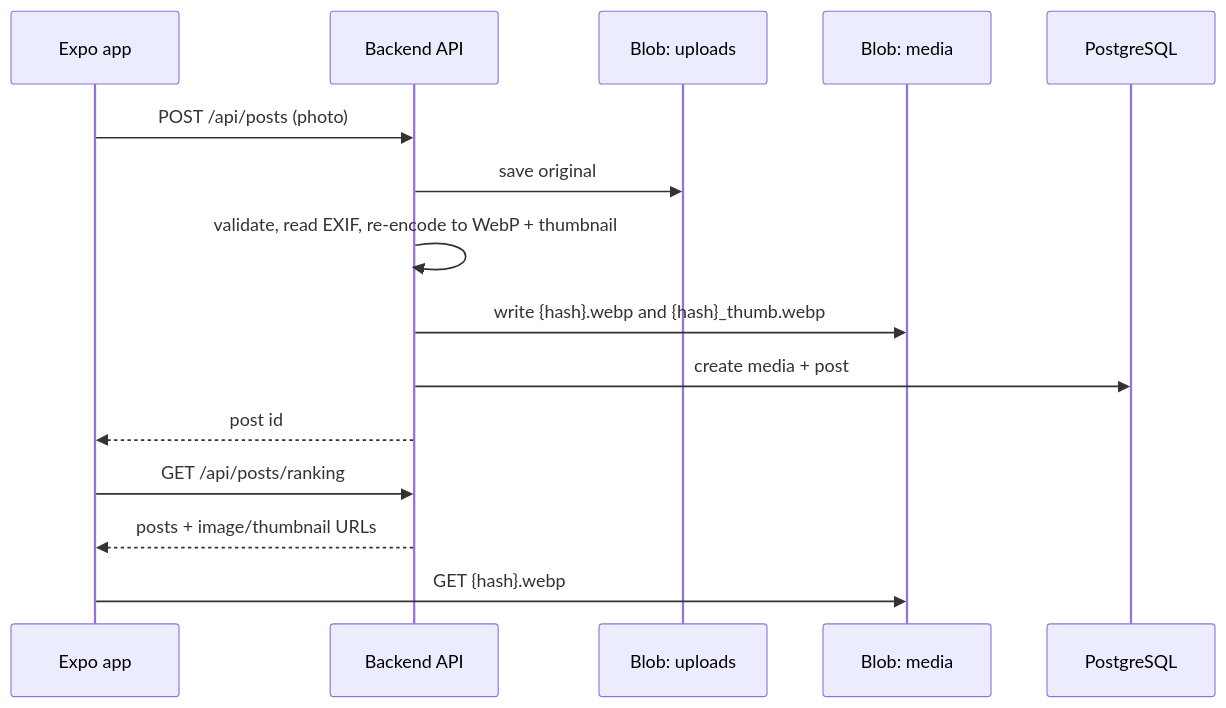
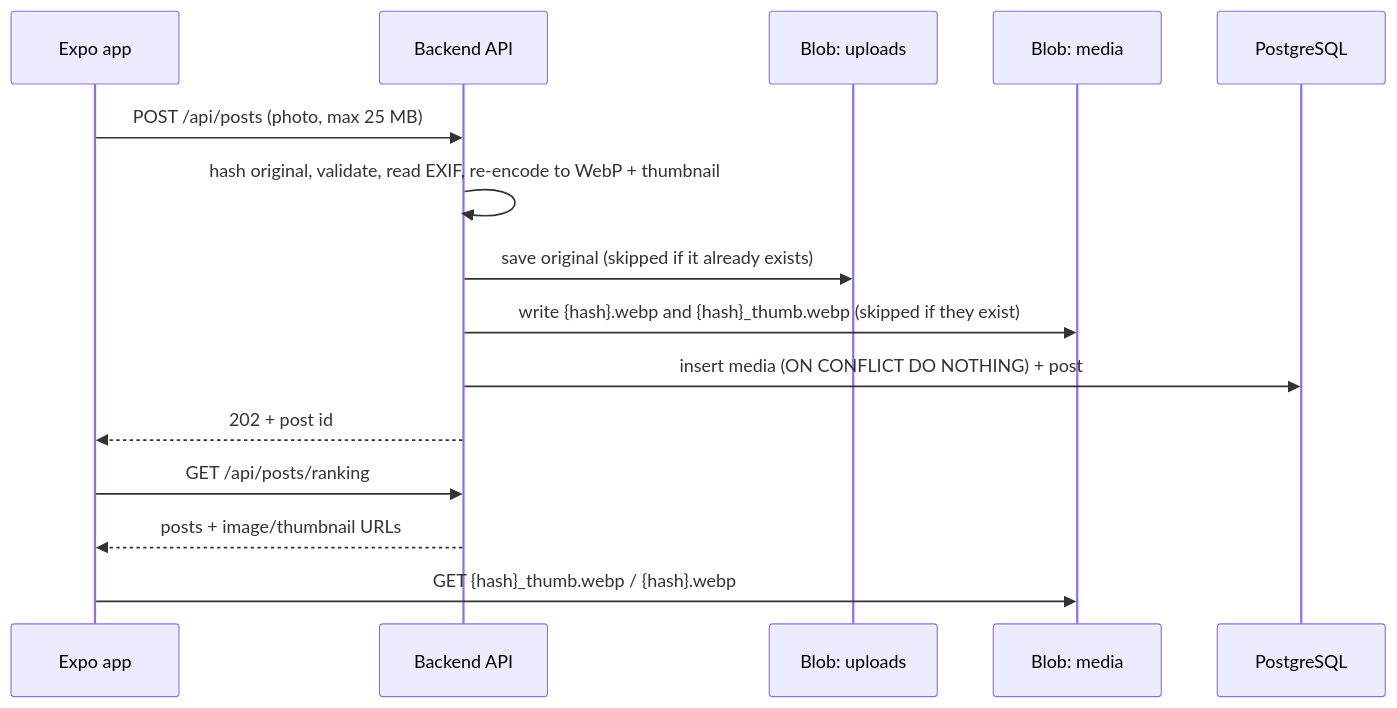
Before and after one commit to Aarhus-tech-project/2026q4-h5-projektstyring-og-app-programmering-group-2: the second of 3 diagrams in ServiceDiagram.md, drawn with Mermaid. The commit also changed other lines of this file and 6 other files, not shown here.

Commit message:
update to latest versions. and update diagram

````diff
--- a/ServiceDiagram.md
+++ b/ServiceDiagram.md
@@ -67,19 +74,19 @@
 ```mermaid
 sequenceDiagram
     participant App as Expo app
     participant API as Backend API
     participant Up as Blob: uploads
     participant Media as Blob: media
     participant DB as PostgreSQL
 
-    App->>API: POST /api/posts (photo)
-    API->>Up: save original
-    API->>API: validate, read EXIF, re-encode to WebP + thumbnail
-    API->>Media: write {hash}.webp and {hash}_thumb.webp
-    API->>DB: create media + post
-    API-->>App: post id
+    App->>API: POST /api/posts (photo, max 25 MB)
+    API->>API: hash original, validate, read EXIF, re-encode to WebP + thumbnail
+    API->>Up: save original (skipped if it already exists)
+    API->>Media: write {hash}.webp and {hash}_thumb.webp (skipped if they exist)
+    API->>DB: insert media (ON CONFLICT DO NOTHING) + post
+    API-->>App: 202 + post id
 
     App->>API: GET /api/posts/ranking
     API-->>App: posts + image/thumbnail URLs
-    App->>Media: GET {hash}.webp
+    App->>Media: GET {hash}_thumb.webp / {hash}.webp
 ```
````
